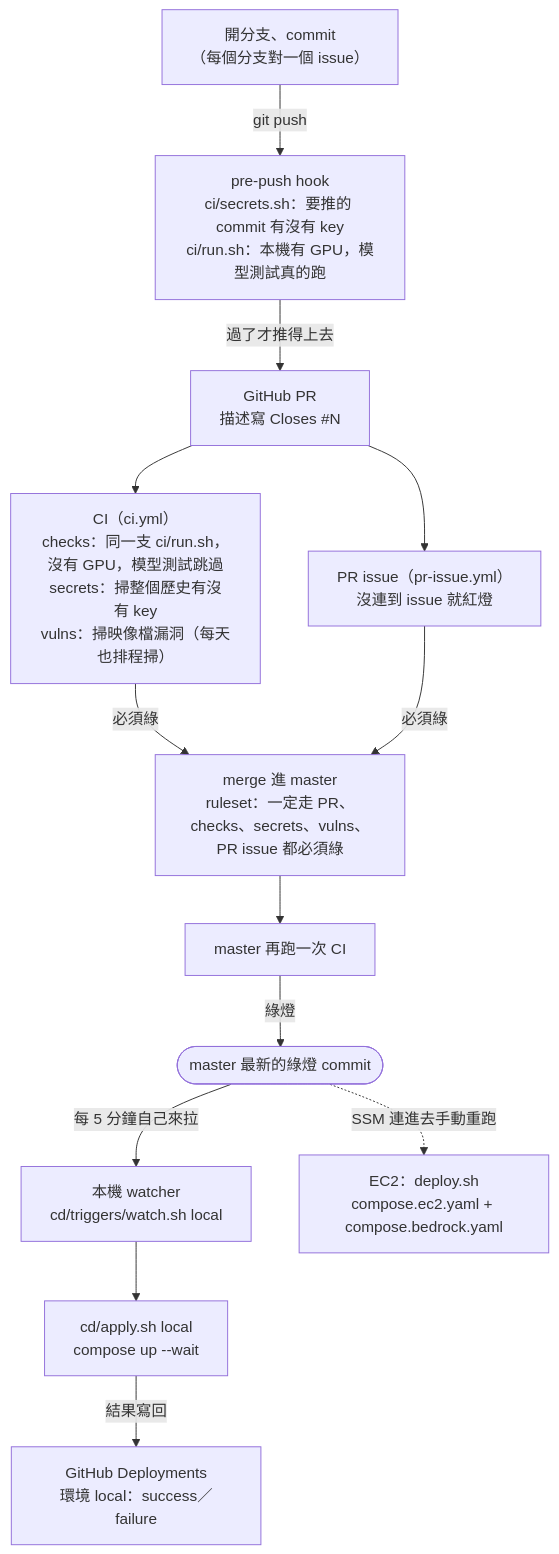
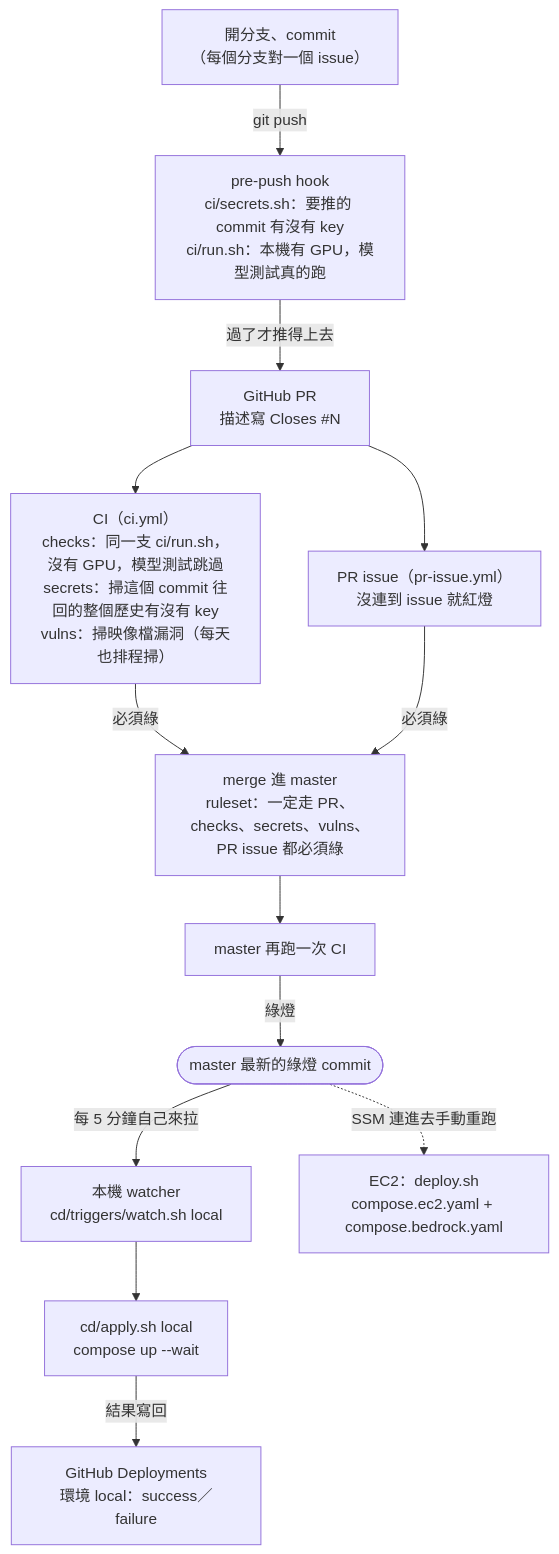
One commit to Anderson-chen/talkcal changed the fifth of 5 diagrams in docs/architecture.md. Above: the diagram before and after it, drawn with Mermaid. The commit also changed 3 other files, not shown here.

````diff
--- a/docs/architecture.md
+++ b/docs/architecture.md
@@ -94,15 +94,15 @@
 ```mermaid
 flowchart TB
     dev["開分支、commit<br/>（每個分支對一個 issue）"] -->|"git push"| hook["pre-push hook<br/>ci/secrets.sh：要推的 commit 有沒有 key<br/>ci/run.sh：本機有 GPU，模型測試真的跑"]
     hook -->|"過了才推得上去"| pr["GitHub PR<br/>描述寫 Closes #N"]
-    pr --> ci["CI（ci.yml）<br/>checks：同一支 ci/run.sh，沒有 GPU，模型測試跳過<br/>secrets：掃整個歷史有沒有 key<br/>vulns：掃映像檔漏洞（每天也排程掃）"]
+    pr --> ci["CI（ci.yml）<br/>checks：同一支 ci/run.sh，沒有 GPU，模型測試跳過<br/>secrets：掃這個 commit 往回的整個歷史有沒有 key<br/>vulns：掃映像檔漏洞（每天也排程掃）"]
     pr --> prissue["PR issue（pr-issue.yml）<br/>沒連到 issue 就紅燈"]
     ci -->|"必須綠"| merge["merge 進 master<br/>ruleset：一定走 PR、checks、secrets、vulns、PR issue 都必須綠"]
     prissue -->|"必須綠"| merge
     merge --> masterci["master 再跑一次 CI"]
     masterci -->|"綠燈"| green(["master 最新的綠燈 commit"])
     green -->|"每 5 分鐘自己來拉"| watch["本機 watcher<br/>cd/triggers/watch.sh local"]
     watch --> applyl["cd/apply.sh local<br/>compose up --wait"]
     applyl -->|"結果寫回"| deployments["GitHub Deployments<br/>環境 local：success／failure"]
     green -.->|"SSM 連進去手動重跑"| ec2["EC2：deploy.sh<br/>compose.ec2.yaml + compose.bedrock.yaml"]
 ```
````
